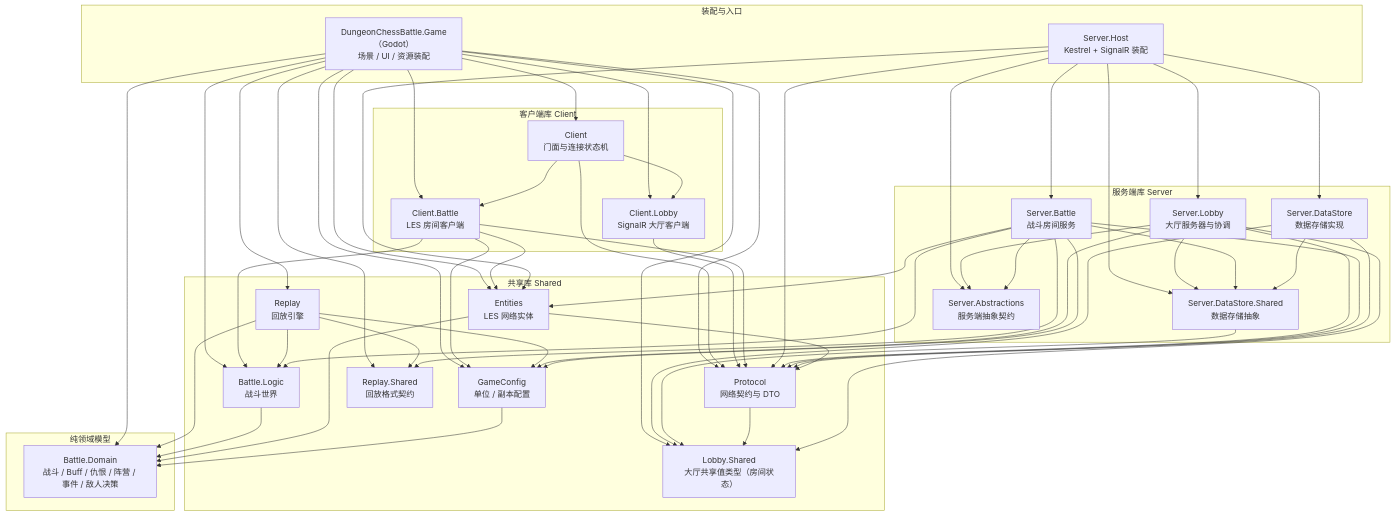
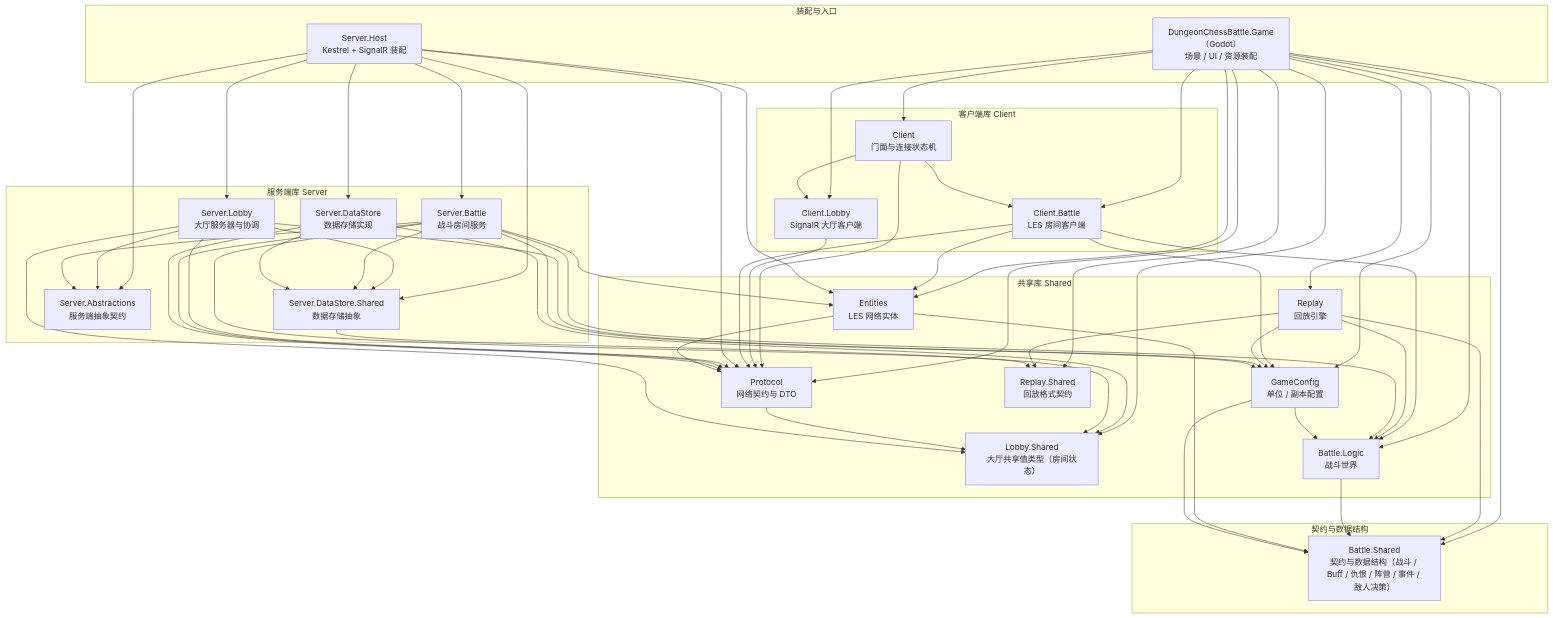
The diagram in docs/architecture.md (DrMelt/dungeon_chess_battle), drawn with Mermaid before and after one commit. The commit also changed other lines of this file and 152 other files, not shown here.

Commit message:
refactor: Battle.Domain 更名 Battle.Shared 纯契约库

````diff
--- a/docs/architecture.md
+++ b/docs/architecture.md
@@ -39,8 +39,8 @@
         ReplayShared["Replay.Shared<br>回放格式契约"]
     end
 
-    subgraph DomainLayer["纯领域模型"]
-        Domain["Battle.Domain<br>战斗 / Buff / 仇恨 / 阵营 / 事件 / 敌人决策"]
+    subgraph ModelLayer["契约与数据结构"]
+        Shared["Battle.Shared<br>契约与数据结构（战斗 / Buff / 仇恨 / 阵营 / 事件 / 敌人决策）"]
     end
 
     Godot --> LobbyShared
@@ -53,7 +53,7 @@
     Godot --> Logic
     Godot --> Entities
     Godot --> GameConfig
-    Godot --> Domain
+    Godot --> Shared
 
     Client --> LobbyClient
     Client --> BattleClient
@@ -64,7 +64,7 @@
     BattleClient --> Entities
     BattleClient --> GameConfig
     Replay --> Logic
-    Replay --> Domain
+    Replay --> Shared
     Replay --> GameConfig
     Replay --> ReplayShared
 
@@ -95,8 +95,9 @@
 
     Protocol --> LobbyShared
     LobbySrv --> LobbyShared
-    Logic --> Domain
+    Logic --> Shared
     Entities --> Protocol
-    Entities --> Domain
-    GameConfig --> Domain
+    Entities --> Shared
+    GameConfig --> Shared
+    GameConfig --> Logic
 ```
````
